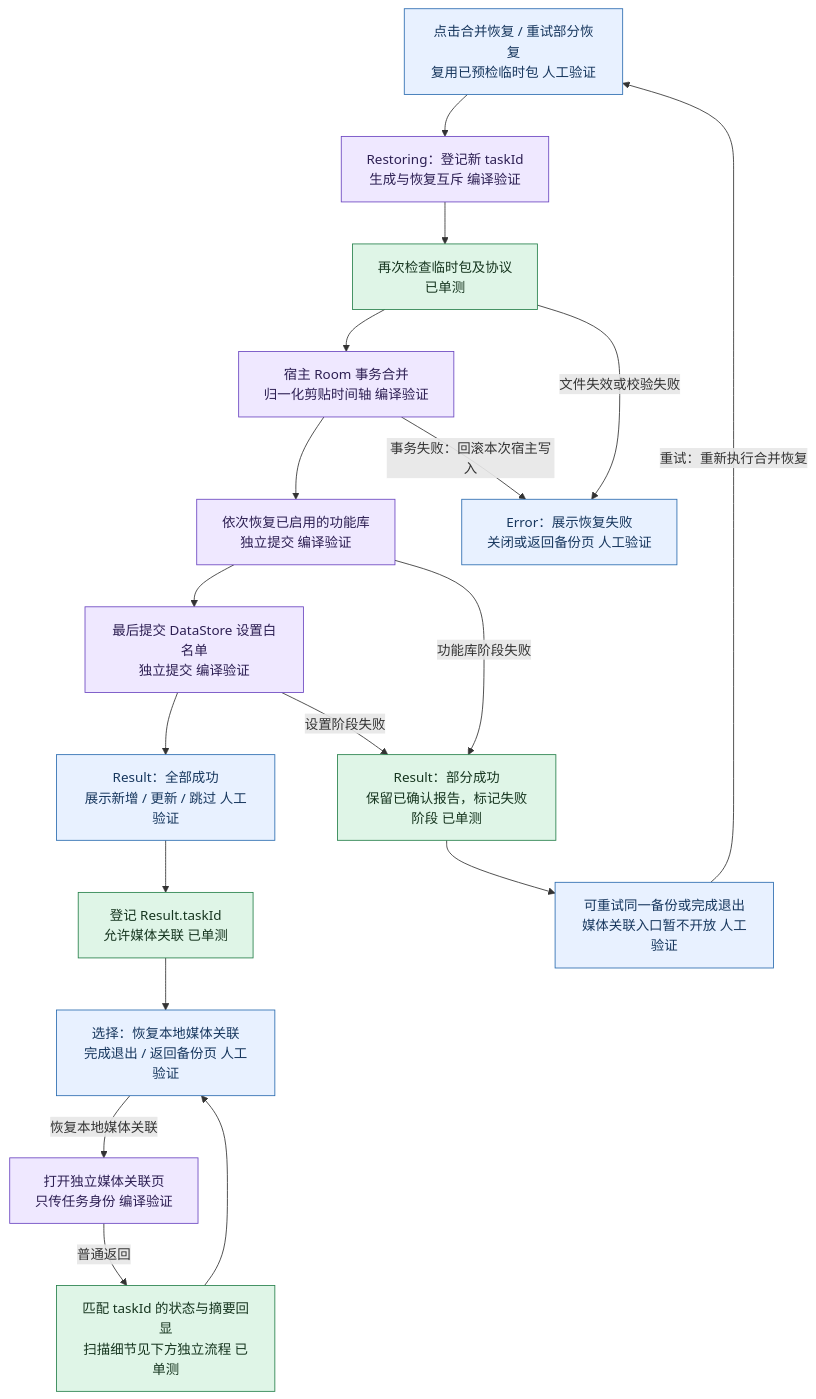
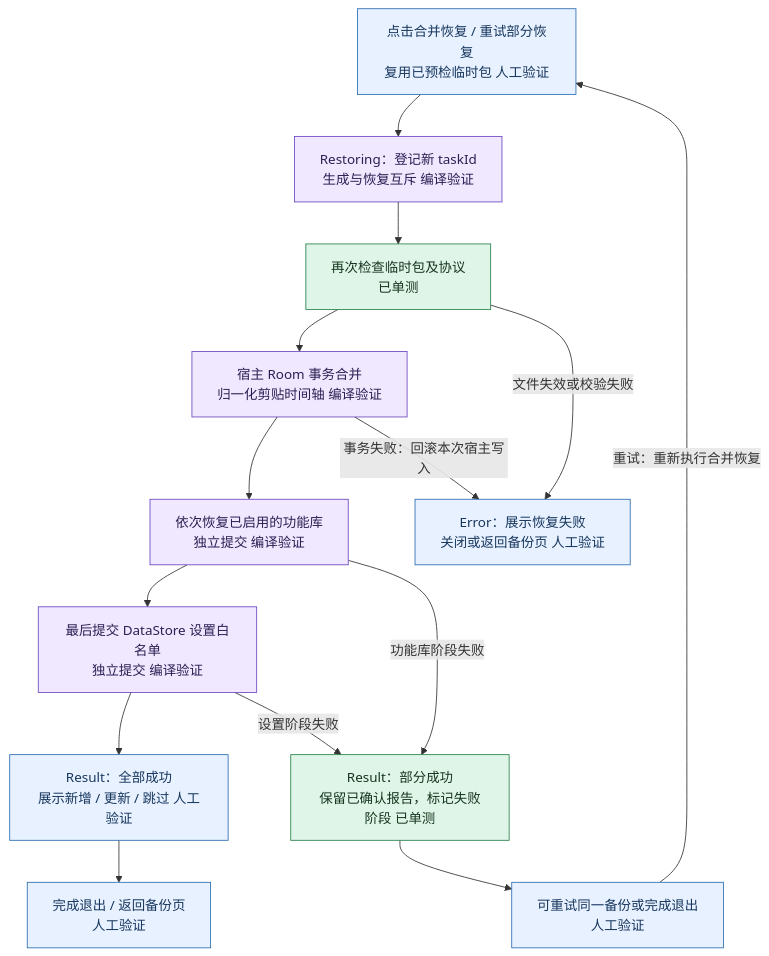
Before and after one commit to lwcla/ClipMaster: diagram 13 of 14 in docs/webdav_backup_plan.md, drawn with Mermaid. The commit also changed other lines of this file and 65 other files, not shown here.

````diff
--- a/docs/webdav_backup_plan.md
+++ b/docs/webdav_backup_plan.md
@@ -1479,26 +1525,22 @@
 ```mermaid
 %% title: 恢复页面：执行与结果分支
 flowchart TD
   Start["点击合并恢复 / 重试部分恢复<br/>复用已预检临时包 人工验证"]:::manual --> Restoring
   Restoring["Restoring：登记新 taskId<br/>生成与恢复互斥 编译验证"]:::compile --> Validate
   Validate["再次检查临时包及协议<br/>已单测"]:::unit --> Room
   Room["宿主 Room 事务合并<br/>归一化剪贴时间轴 编译验证"]:::compile --> Feature
   Validate -->|"文件失效或校验失败"| Error
   Room -->|"事务失败：回滚本次宿主写入"| Error["Error：展示恢复失败<br/>关闭或返回备份页 人工验证"]:::manual
   Feature["依次恢复已启用的功能库<br/>独立提交 编译验证"]:::compile --> Settings
   Feature -->|"功能库阶段失败"| Partial
   Settings["最后提交 DataStore 设置白名单<br/>独立提交 编译验证"]:::compile --> Success
   Settings -->|"设置阶段失败"| Partial["Result：部分成功<br/>保留已确认报告，标记失败阶段 已单测"]:::unit
-  Partial --> Retry["可重试同一备份或完成退出<br/>媒体关联入口暂不开放 人工验证"]:::manual
+  Partial --> Retry["可重试同一备份或完成退出<br/>人工验证"]:::manual
   Retry -->|"重试：重新执行合并恢复"| Start
-  Success["Result：全部成功<br/>展示新增 / 更新 / 跳过 人工验证"]:::manual --> Register
-  Register["登记 Result.taskId<br/>允许媒体关联 已单测"]:::unit --> Actions
-  Actions["选择：恢复本地媒体关联<br/>完成退出 / 返回备份页 人工验证"]:::manual
-  Actions -->|"恢复本地媒体关联"| Media["打开独立媒体关联页<br/>只传任务身份 编译验证"]:::compile
-  Media -->|"普通返回"| Echo["匹配 taskId 的状态与摘要回显<br/>扫描细节见下方独立流程 已单测"]:::unit
-  Echo --> Actions
+  Success["Result：全部成功<br/>展示新增 / 更新 / 跳过 人工验证"]:::manual --> Actions
+  Actions["完成退出 / 返回备份页<br/>人工验证"]:::manual
 
   classDef unit fill:#dff5e7,stroke:#26804b,color:#16351f;
   classDef manual fill:#e8f1ff,stroke:#2b6cb0,color:#17375e;
   classDef compile fill:#efe8ff,stroke:#6b46c1,color:#2d1f53;
 ```
````
